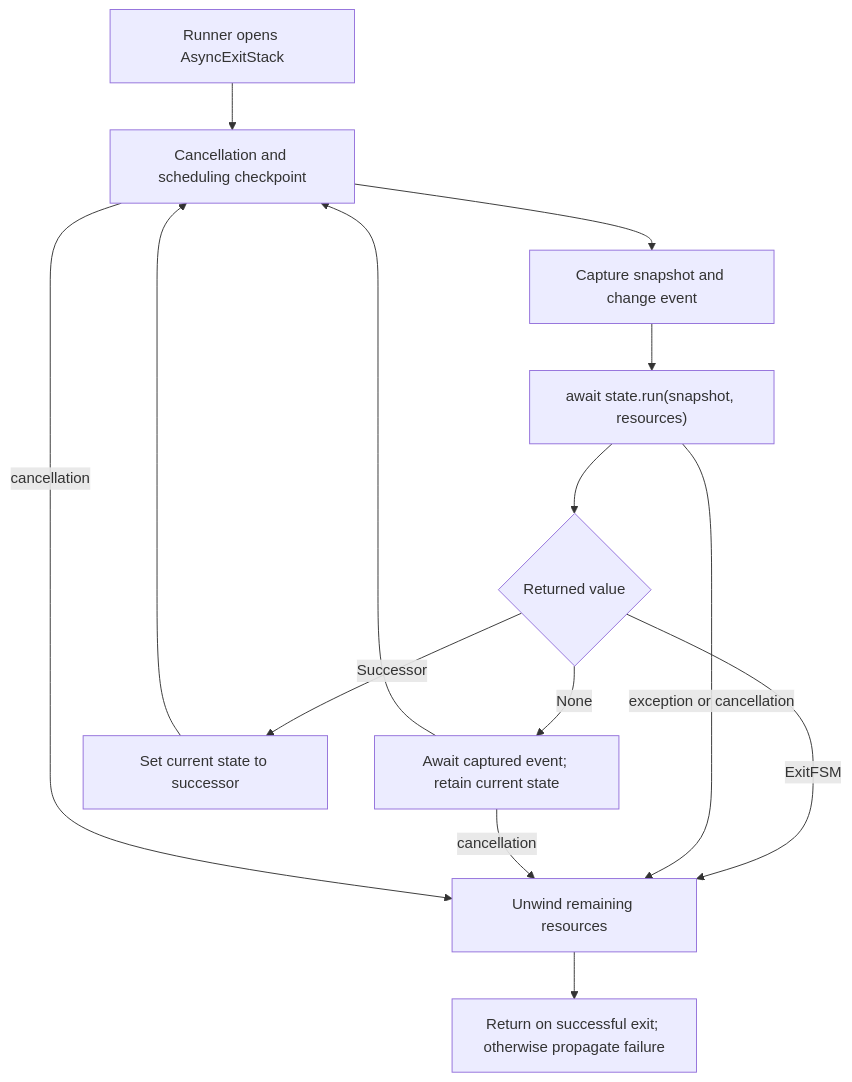
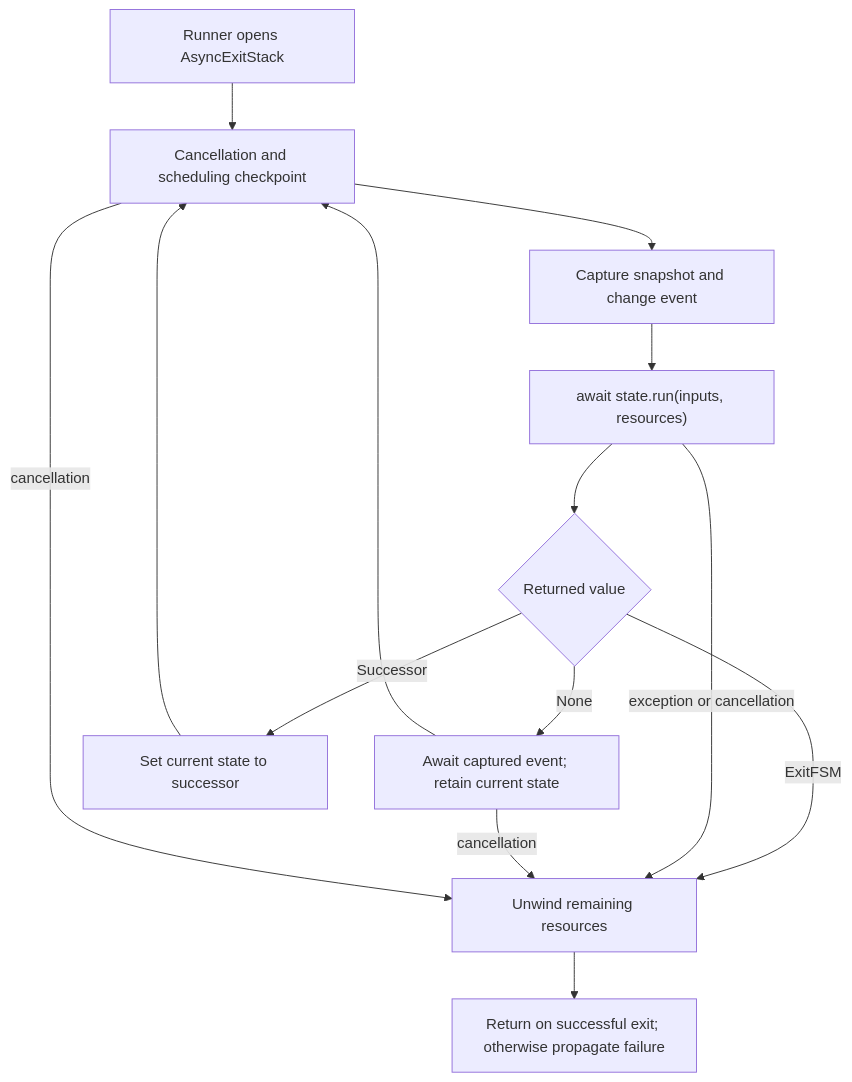
One commit to mangelajo/jumpstarter changed the first of 3 diagrams in docs/source/contributing/jeps/JEP-0016-typed-fsm-exporter-lifecycle.md. Above: the diagram before and after it, drawn with Mermaid. The commit also changed other lines of this file and 4 other files, not shown here.

````diff
--- a/docs/source/contributing/jeps/JEP-0016-typed-fsm-exporter-lifecycle.md
+++ b/docs/source/contributing/jeps/JEP-0016-typed-fsm-exporter-lifecycle.md
@@ -108,16 +109,16 @@
 ```{mermaid}
 flowchart TD
     Open["Runner opens AsyncExitStack"] --> Checkpoint["Cancellation and scheduling checkpoint"]
     Checkpoint --> Capture["Capture snapshot and change event"]
-    Capture --> Run["await state.run(snapshot, resources)"]
+    Capture --> Run["await state.run(inputs, resources)"]
     Run --> Result{"Returned value"}
     Result -->|None| Wait["Await captured event; retain current state"]
     Wait --> Checkpoint
     Result -->|Successor| Transition["Set current state to successor"]
     Transition --> Checkpoint
     Result -->|ExitFSM| Unwind["Unwind remaining resources"]
     Run -->|exception or cancellation| Unwind
     Wait -->|cancellation| Unwind
     Checkpoint -->|cancellation| Unwind
     Unwind --> Exit["Return on successful exit; otherwise propagate failure"]
 ```
````
